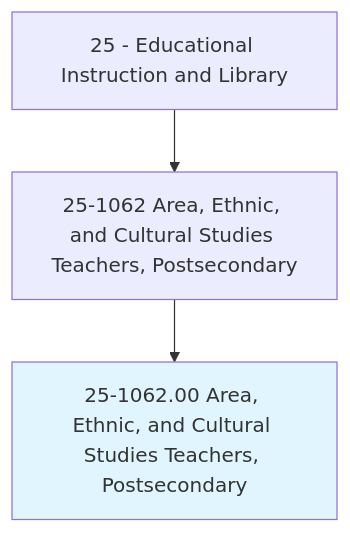
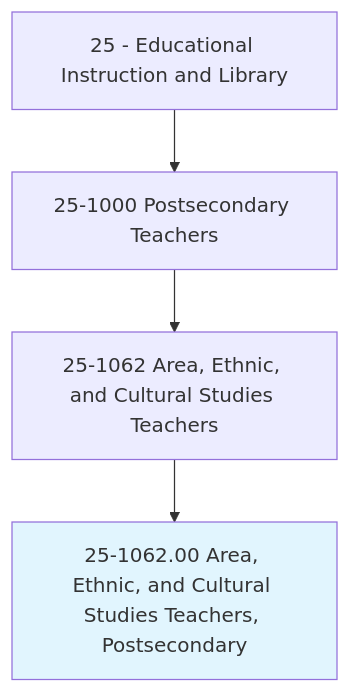
One commit to kziemski/business.org.ai changed the first of 4 diagrams in occupations/Education/AreaEthnicAndCulturalStudiesTeachersPostsecondary.mdx. Above: the diagram before and after it, drawn with Mermaid. The commit also changed other lines of this file and 938 other files, not shown here.

````diff
--- a/occupations/Education/AreaEthnicAndCulturalStudiesTeachersPostsecondary.mdx
+++ b/occupations/Education/AreaEthnicAndCulturalStudiesTeachersPostsecondary.mdx
@@ -19,6 +23,7 @@
 ```mermaid
 graph TD
-    Cat25["25 - Educational Instruction and Library"] --> Group251062["25-1062 Area, Ethnic, and Cultural Studies Teachers, Postsecondary"]
+    Cat25["25 - Educational Instruction and Library"] --> Group251["25-1000 Postsecondary Teachers"]
+    Group251 --> Group251062["25-1062 Area, Ethnic, and Cultural Studies Teachers"]
     Group251062 --> Current["25-1062.00 Area, Ethnic, and Cultural Studies Teachers, Postsecondary"]
     style Current fill:#e1f5fe
 ```
````
